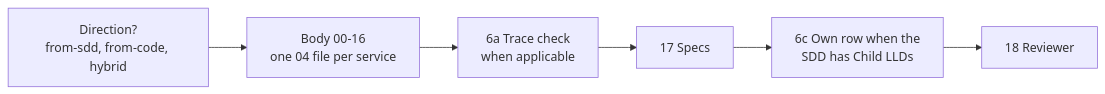
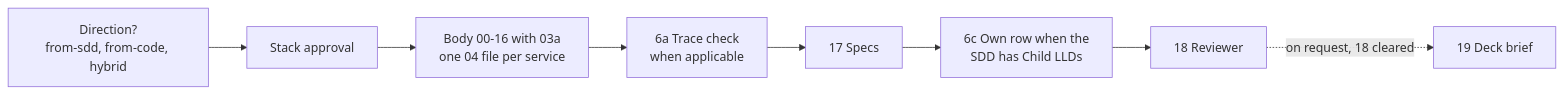
One commit to mhshahin01/builders-skills changed the sixth of 7 diagrams in README.md. Above: the diagram before and after it, drawn with Mermaid. The commit also changed other lines of this file and 78 other files, not shown here.

````diff
--- a/README.md
+++ b/README.md
@@ -447,4 +464,5 @@
 ```mermaid
 flowchart LR
-    q["Direction?<br/>from-sdd, from-code, hybrid"] --> body["Body 00-16<br/>one 04 file per service"] --> tr["6a Trace check<br/>when applicable"] --> sp["17 Specs"] --> reg["6c Own row when the<br/>SDD has Child LLDs"] --> r["18 Reviewer"]
+    q["Direction?<br/>from-sdd, from-code, hybrid"] --> st["Stack approval"] --> body["Body 00-16 with 03a<br/>one 04 file per service"] --> tr["6a Trace check<br/>when applicable"] --> sp["17 Specs"] --> reg["6c Own row when the<br/>SDD has Child LLDs"] --> r["18 Reviewer"]
+    r -.->|"on request, 18 cleared"| deck["19 Deck brief"]
 ```
````
